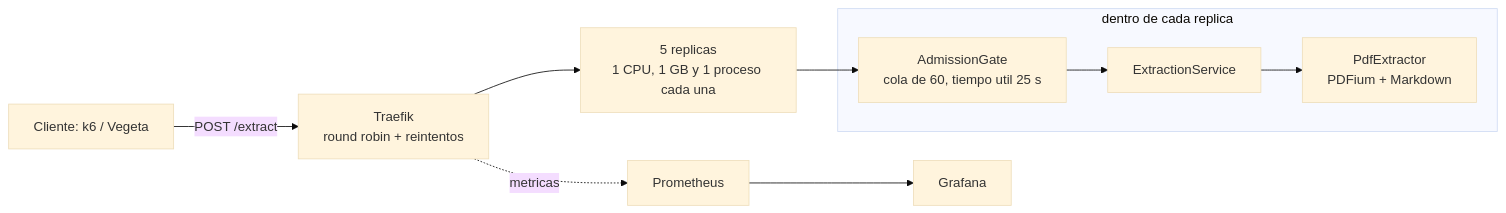
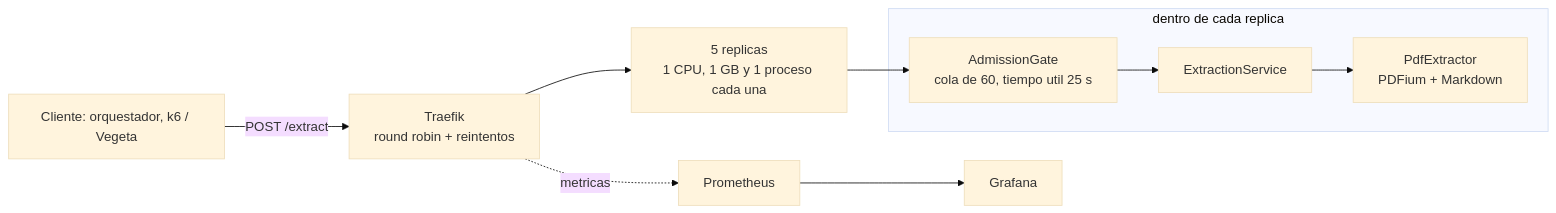
One commit to 21dai/pdf-extractext changed the diagram in ARCHITECTURE.md. Above: the diagram before and after it, drawn with Mermaid (base theme). The commit also changed other lines of this file and 10 other files, not shown here.

````diff
--- a/ARCHITECTURE.md
+++ b/ARCHITECTURE.md
@@ -180,10 +92,10 @@
 ```mermaid
 flowchart LR
-    C[Cliente: k6 / Vegeta] -->|POST /extract| T[Traefik<br/>round robin + reintentos]
+    C[Cliente: orquestador, k6 / Vegeta] -->|POST /extract| T[Traefik<br/>round robin + reintentos]
     T --> R[5 replicas<br/>1 CPU, 1 GB y 1 proceso cada una]
     subgraph Replica [dentro de cada replica]
         G[AdmissionGate<br/>cola de 60, tiempo util 25 s] --> E[ExtractionService] --> P[PdfExtractor<br/>PDFium + Markdown]
     end
     R --> G
     T -.metricas.-> PR[Prometheus] --> GR[Grafana]
 ```
````
